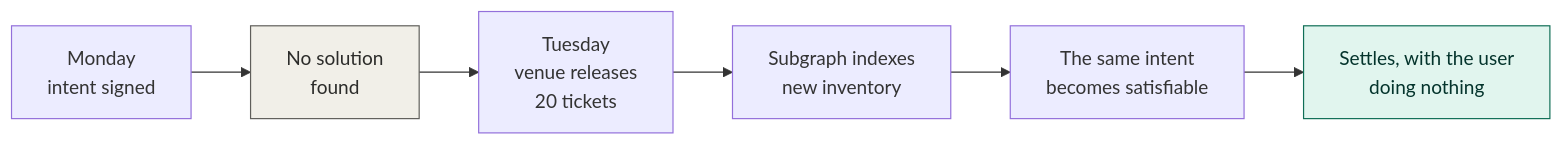
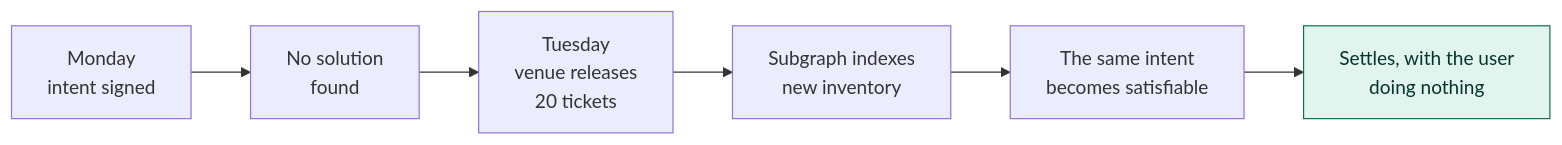
Diagram 26 of 26 in README.md (angelphoon7/online2026), drawn with Mermaid before and after one commit. The commit also changed other lines of this file, not shown here.

````diff
--- a/README.md
+++ b/README.md
@@ -450,11 +799,11 @@
 ```mermaid
 flowchart LR
     M["Monday<br/>intent signed"] --> N["No solution<br/>found"]
     N --> T["Tuesday<br/>venue releases<br/>20 tickets"]
     T --> S["Subgraph indexes<br/>new inventory"]
     S --> R["The same intent<br/>becomes satisfiable"]
     R --> X["Settles, with the user<br/>doing nothing"]
 
-    style N fill:#F1EFE8,stroke:#5F5E5A,color:#2C2C2A
-    style X fill:#E1F5EE,stroke:#0F6E56,color:#04342C
+    classDef ok fill:#E1F5EE,stroke:#0F6E56,stroke-width:1px,color:#04342C
+    class X ok
 ```
````
